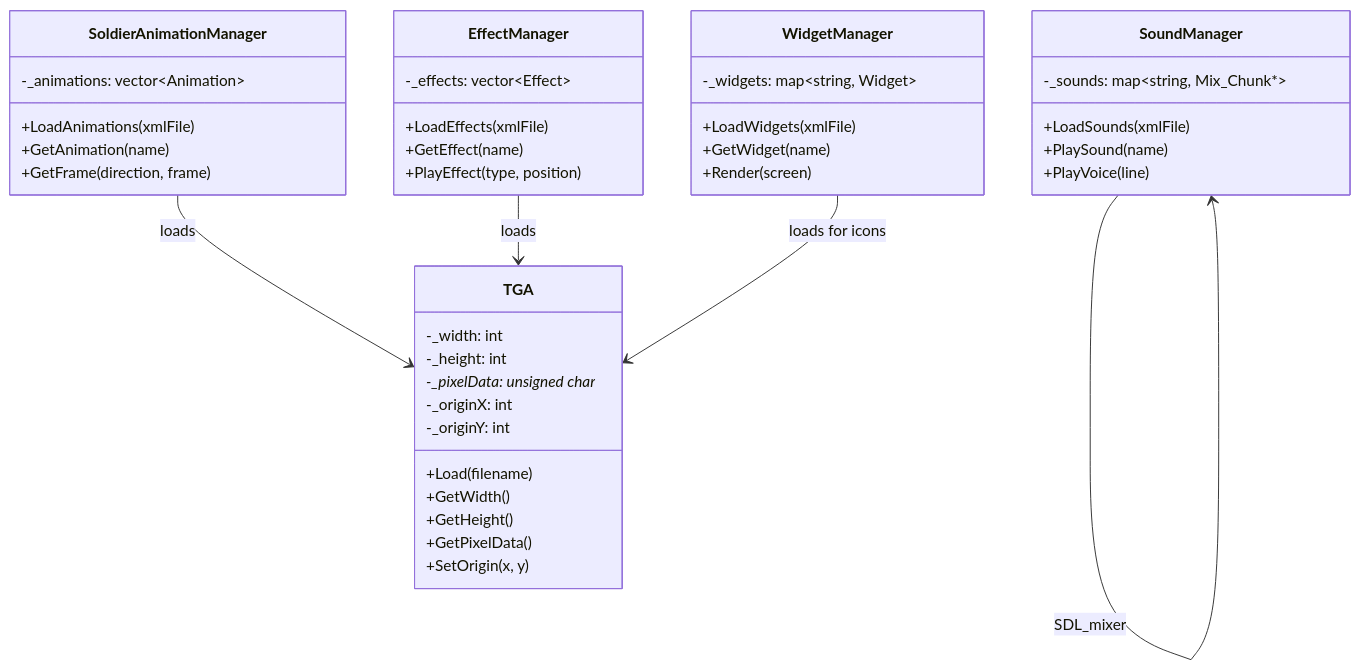
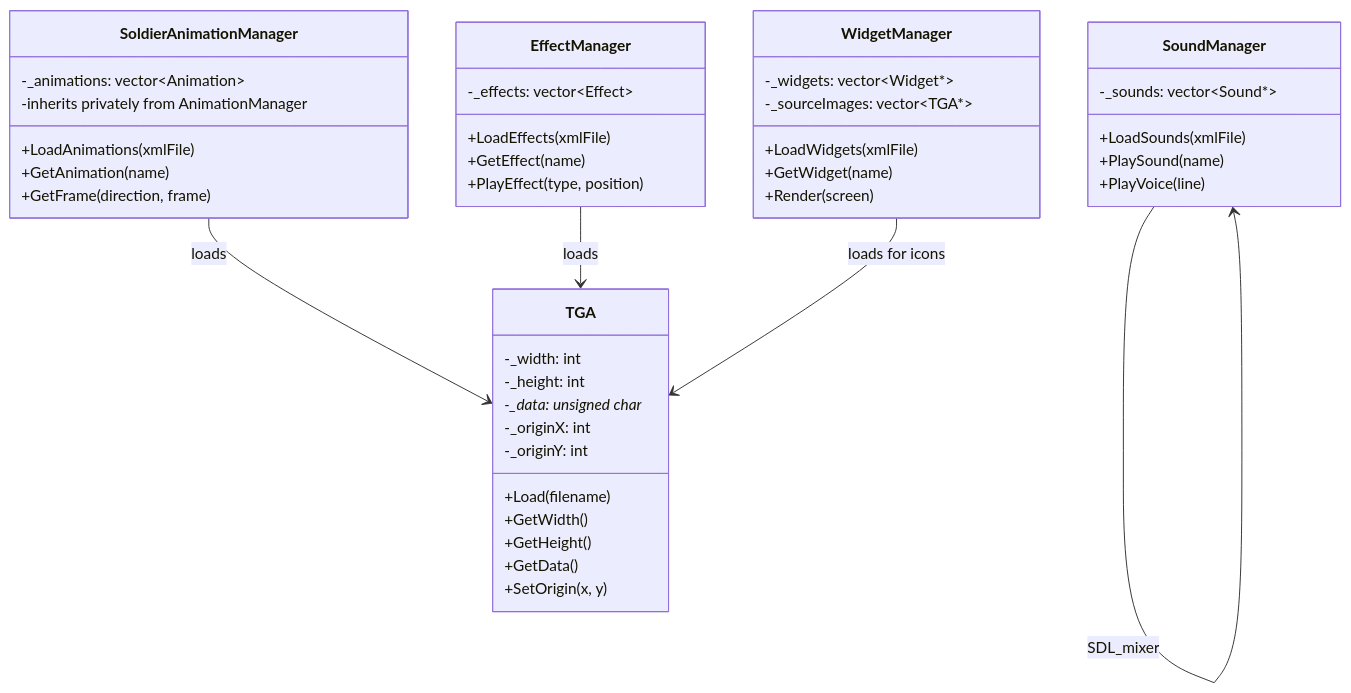
One commit to jukofyork/OpenCombat-SDL changed the fourth of 4 diagrams in docs/chapters/08-assets.md. Above: the diagram before and after it, drawn with Mermaid. The commit also changed other lines of this file and 11 other files, not shown here.

First line of the commit message:
Fix architecture documentation inconsistencies

````diff
--- a/docs/chapters/08-assets.md
+++ b/docs/chapters/08-assets.md
@@ -342,48 +345,50 @@
 ```mermaid
 classDiagram
     class TGA {
         +Load(filename)
         +GetWidth()
         +GetHeight()
-        +GetPixelData()
+        +GetData()
         +SetOrigin(x, y)
         -_width: int
         -_height: int
-        -_pixelData: unsigned char*
+        -_data: unsigned char*
         -_originX: int
         -_originY: int
     }
-    
+
     class SoldierAnimationManager {
         +LoadAnimations(xmlFile)
         +GetAnimation(name)
         +GetFrame(direction, frame)
         -_animations: vector~Animation~
+        -inherits privately from AnimationManager
     }
-    
+
     class EffectManager {
         +LoadEffects(xmlFile)
         +GetEffect(name)
         +PlayEffect(type, position)
         -_effects: vector~Effect~
     }
-    
+
     class WidgetManager {
         +LoadWidgets(xmlFile)
         +GetWidget(name)
         +Render(screen)
-        -_widgets: map~string, Widget~
+        -_widgets: vector~Widget*~
+        -_sourceImages: vector~TGA*~
     }
-    
+
     class SoundManager {
         +LoadSounds(xmlFile)
         +PlaySound(name)
         +PlayVoice(line)
-        -_sounds: map~string, Mix_Chunk*~
+        -_sounds: vector~Sound*~
     }
-    
+
     SoldierAnimationManager --> TGA : loads
     EffectManager --> TGA : loads
     WidgetManager --> TGA : loads for icons
     SoundManager --> SoundManager : SDL_mixer
 ```
````
